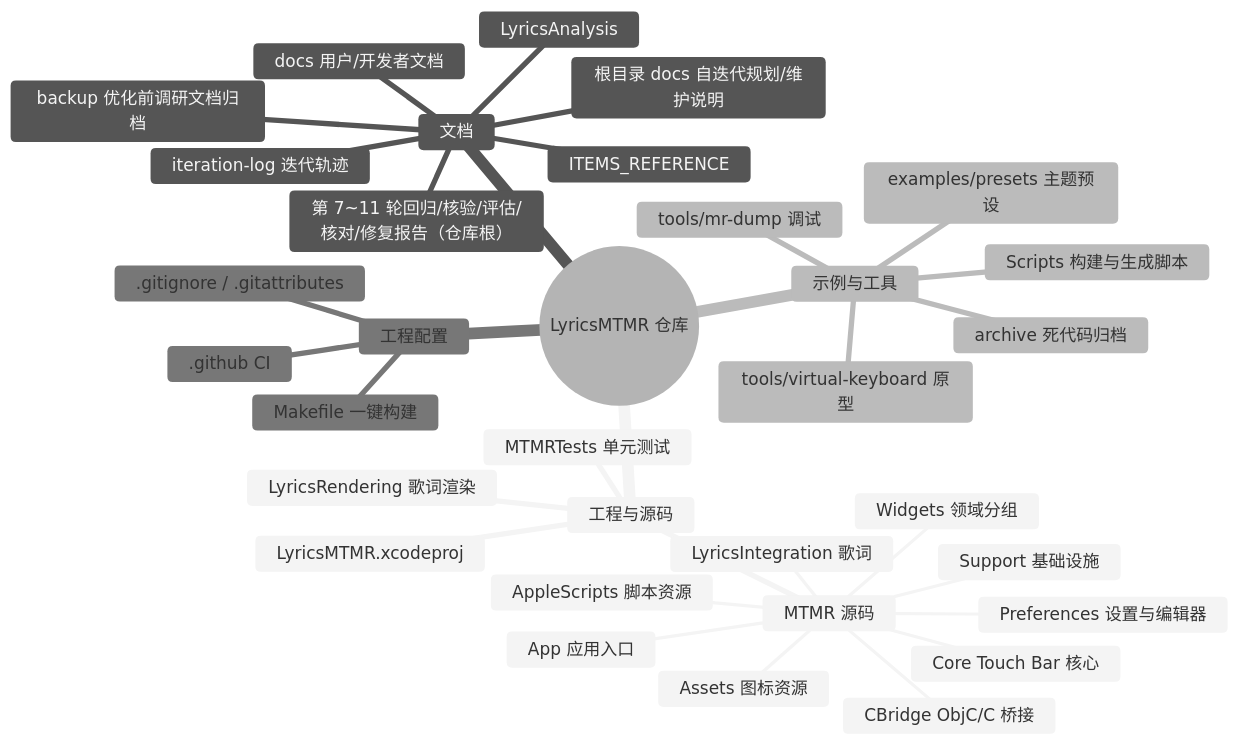
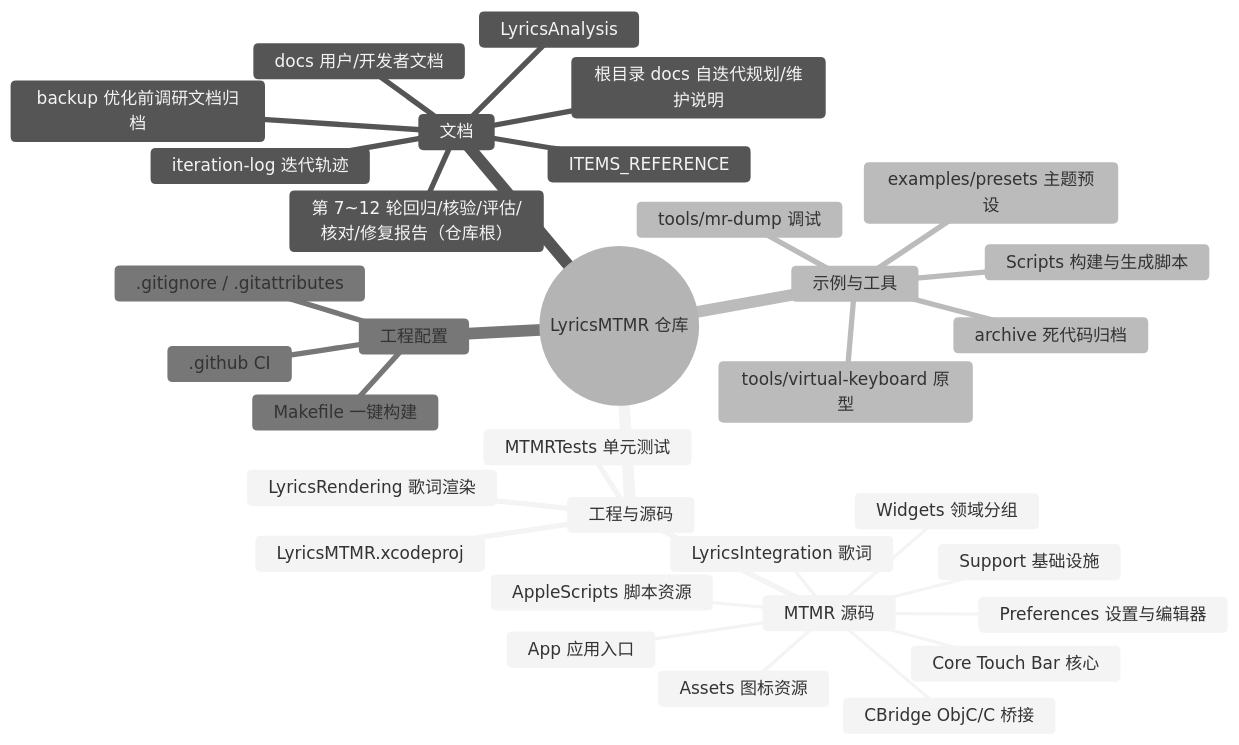
Before and after one commit to Tangzishun-Li/LyricsMTMR: the first of 2 diagrams in LyricsMTMR/docs/file-structure.zh.md, drawn with Mermaid (neutral theme). The commit also changed other lines of this file and 3 other files, not shown here.

Commit message:
docs(round12): 子任务A — 年度维护核验（第6次）+ 全量回归（隔代触发）：ITER-14 健在（:388/2027 段 32 日期+6 补班星期全对/金丝雀直查 :195-196 在位）+ maintenance-notes 零漂移 + 三方核对一致 + BUILD/TEST SUCCEEDED 60 用例 0 失败；file-structure mindmap 第 7~12 轮 + 预登记第 12 轮报告 + iteration-log 记录

````diff
--- a/LyricsMTMR/docs/file-structure.zh.md
+++ b/LyricsMTMR/docs/file-structure.zh.md
@@ -10,36 +10,36 @@
 ```mermaid
 mindmap
   root((LyricsMTMR 仓库))
     工程与源码
       LyricsMTMR.xcodeproj
       MTMR 源码
         App 应用入口
         Core Touch Bar 核心
         Support 基础设施
         Widgets 领域分组
         Preferences 设置与编辑器
         LyricsIntegration 歌词
         CBridge ObjC/C 桥接
         AppleScripts 脚本资源
         Assets 图标资源
       LyricsRendering 歌词渲染
       MTMRTests 单元测试
     文档
       docs 用户/开发者文档
       ITEMS_REFERENCE
       LyricsAnalysis
       backup 优化前调研文档归档
       iteration-log 迭代轨迹
       根目录 docs 自迭代规划/维护说明
-      第 7~11 轮回归/核验/评估/核对/修复报告（仓库根）
+      第 7~12 轮回归/核验/评估/核对/修复报告（仓库根）
     示例与工具
       examples/presets 主题预设
       tools/mr-dump 调试
       tools/virtual-keyboard 原型
       Scripts 构建与生成脚本
       archive 死代码归档
     工程配置
       .github CI
       .gitignore / .gitattributes
       Makefile 一键构建
 ```
````
